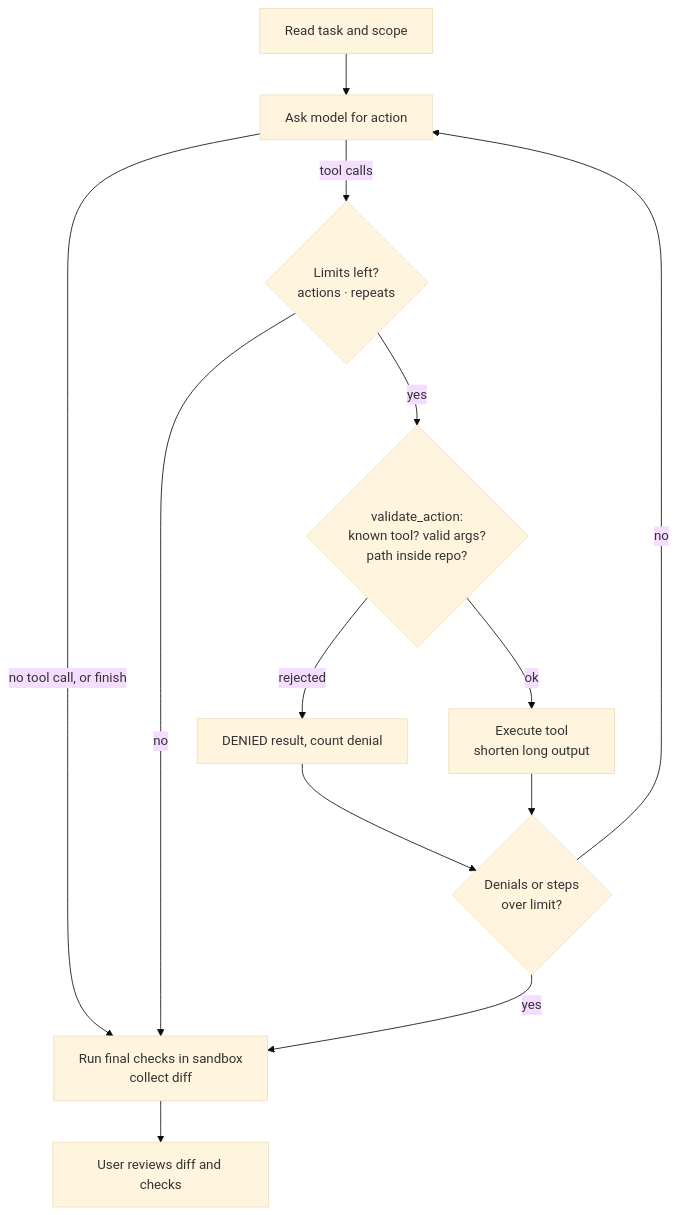
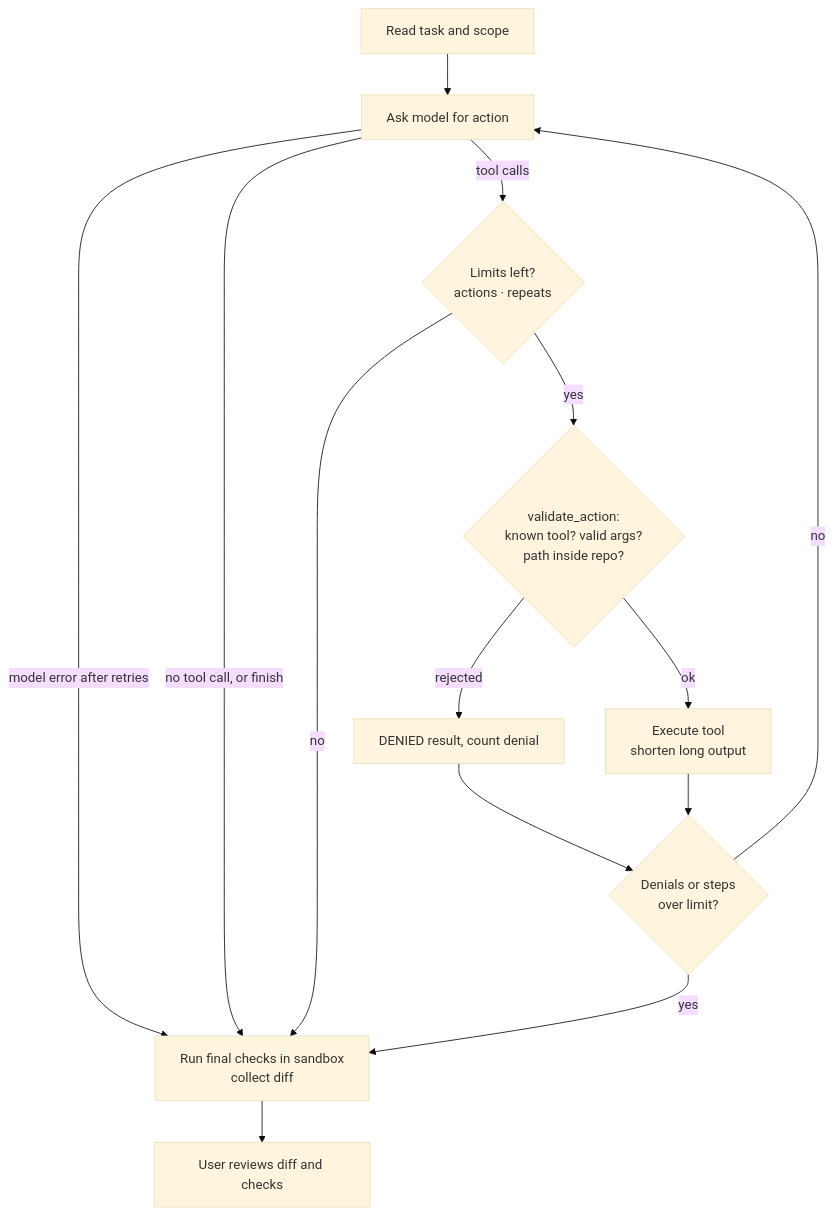
Before and after one commit to Sevyls/aaia-coding-harness: the second of 2 diagrams in README.md, drawn with Mermaid (base theme). The commit also changed other lines of this file and 12 other files, not shown here.

````diff
--- a/README.md
+++ b/README.md
@@ -60,13 +70,14 @@
 ```mermaid
 flowchart TD
     A[Read task and scope] --> B[Ask model for action]
+    B -->|model error after retries| F
     B -->|no tool call, or finish| F[Run final checks in sandbox<br/>collect diff]
     B -->|tool calls| L{Limits left?<br/>actions · repeats}
     L -->|no| F
     L -->|yes| V{validate_action:<br/>known tool? valid args?<br/>path inside repo?}
     V -->|rejected| D[DENIED result, count denial] --> N
     V -->|ok| E[Execute tool<br/>shorten long output] --> N
     N{Denials or steps<br/>over limit?} -->|yes| F
     N -->|no| B
     F --> U[User reviews diff and checks]
 ```
````
